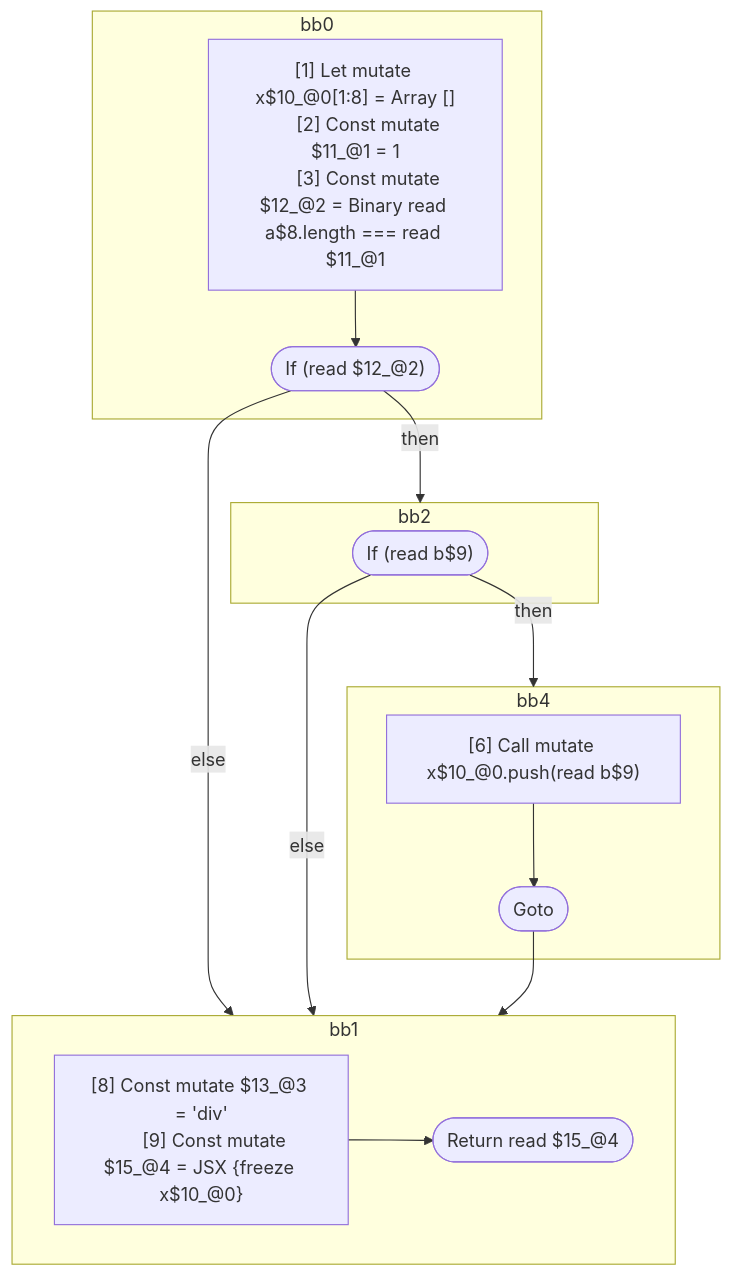
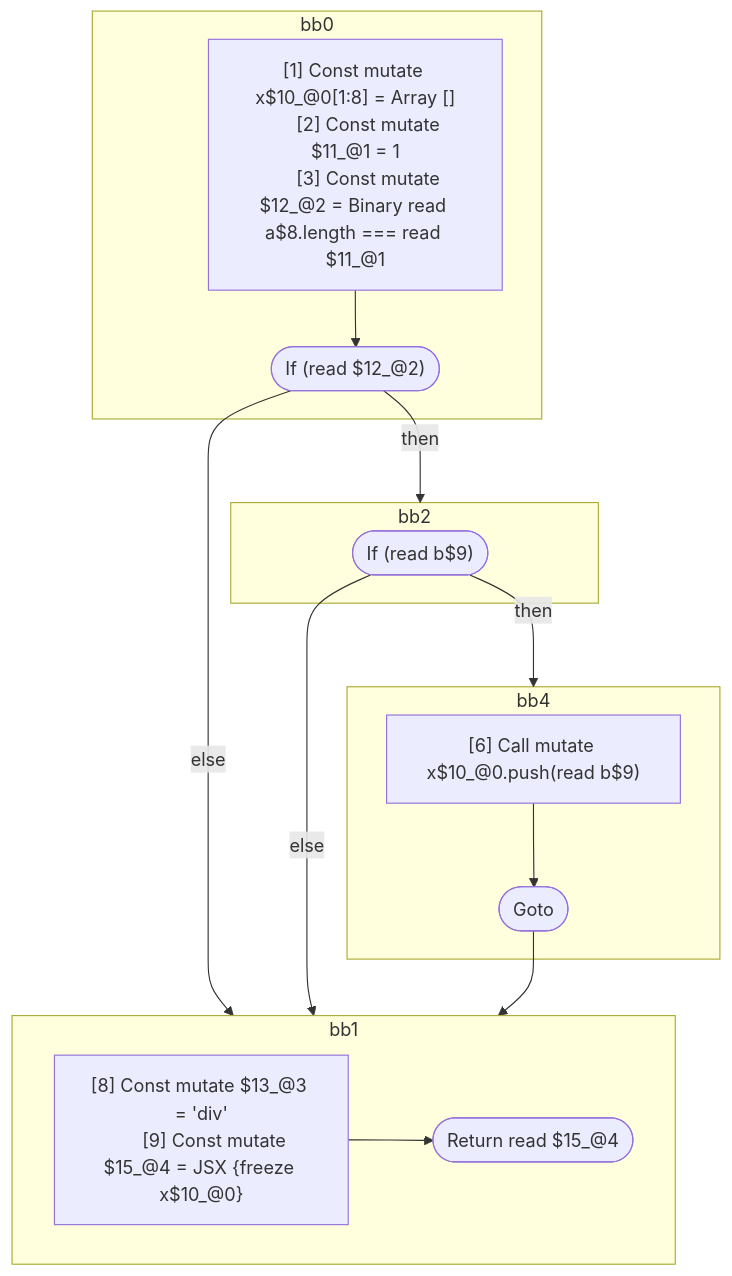
One commit to wutsmog/private changed the diagram in compiler/forget/src/__tests__/fixtures/hir/reactive-scopes.expect.md. Above: the diagram before and after it, drawn with Mermaid. The commit also changed other lines of this file and 61 other files, not shown here.

````diff
--- a/compiler/forget/src/__tests__/fixtures/hir/reactive-scopes.expect.md
+++ b/compiler/forget/src/__tests__/fixtures/hir/reactive-scopes.expect.md
@@ -51,36 +51,36 @@
 ```mermaid
 flowchart TB
   %% Basic Blocks
   subgraph bb0
     bb0_instrs["
-      [1] Let mutate x$10_@0[1:8] = Array []
+      [1] Const mutate x$10_@0[1:8] = Array []
       [2] Const mutate $11_@1 = 1
       [3] Const mutate $12_@2 = Binary read a$8.length === read $11_@1
     "]
     bb0_instrs --> bb0_terminal(["If (read $12_@2)"])
   end
   subgraph bb2
     bb2_terminal(["If (read b$9)"])
   end
   subgraph bb4
     bb4_instrs["
       [6] Call mutate x$10_@0.push(read b$9)
     "]
     bb4_instrs --> bb4_terminal(["Goto"])
   end
   subgraph bb1
     bb1_instrs["
       [8] Const mutate $13_@3 = 'div'
       [9] Const mutate $15_@4 = JSX <read $13_@3>{freeze x$10_@0}</read $13_@3>
     "]
     bb1_instrs --> bb1_terminal(["Return read $15_@4"])
   end
 
   %% Jumps
   bb0_terminal -- "then" --> bb2
   bb0_terminal -- "else" --> bb1
   bb2_terminal -- "then" --> bb4
   bb2_terminal -- "else" --> bb1
   bb4_terminal --> bb1
 
 ```
````
